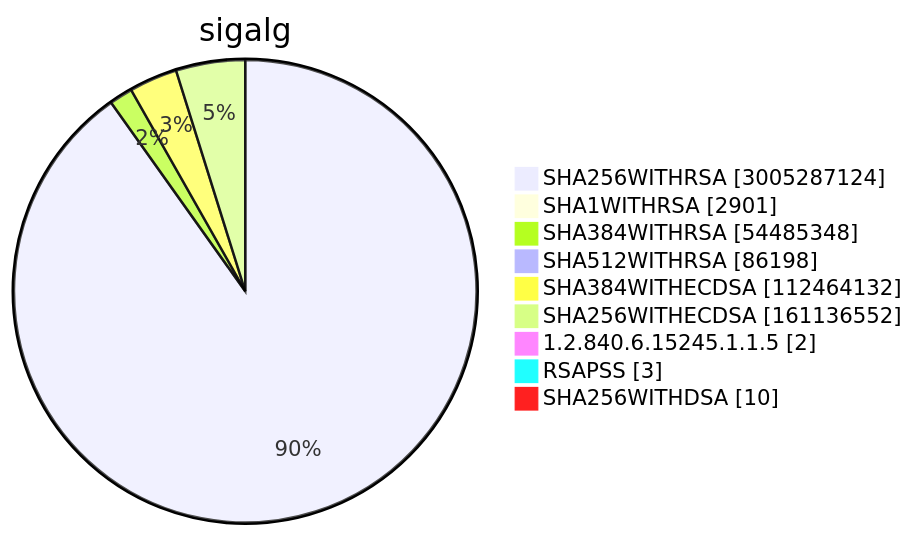
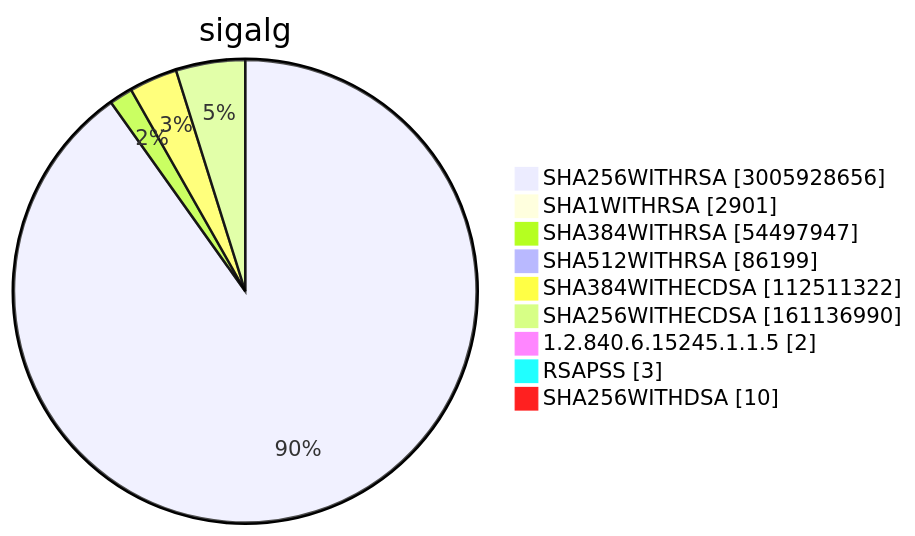
Diagram 15 of 15 in TOTAL/README.md (christiankrug/ctmonitor_visualization), drawn with Mermaid before and after one commit. The commit also changed other lines of this file, not shown here.

````diff
--- a/TOTAL/README.md
+++ b/TOTAL/README.md
@@ -6208,13 +6208,13 @@
 ```mermaid
 pie showData
 title sigalg
-"SHA256WITHRSA" :3005287124
+"SHA256WITHRSA" :3005928656
 "SHA1WITHRSA" :2901
-"SHA384WITHRSA" :54485348
-"SHA512WITHRSA" :86198
-"SHA384WITHECDSA" :112464132
-"SHA256WITHECDSA" :161136552
+"SHA384WITHRSA" :54497947
+"SHA512WITHRSA" :86199
+"SHA384WITHECDSA" :112511322
+"SHA256WITHECDSA" :161136990
 "1.2.840.6.15245.1.1.5" :2
 "RSAPSS" :3
 "SHA256WITHDSA" :10
 ```
````
